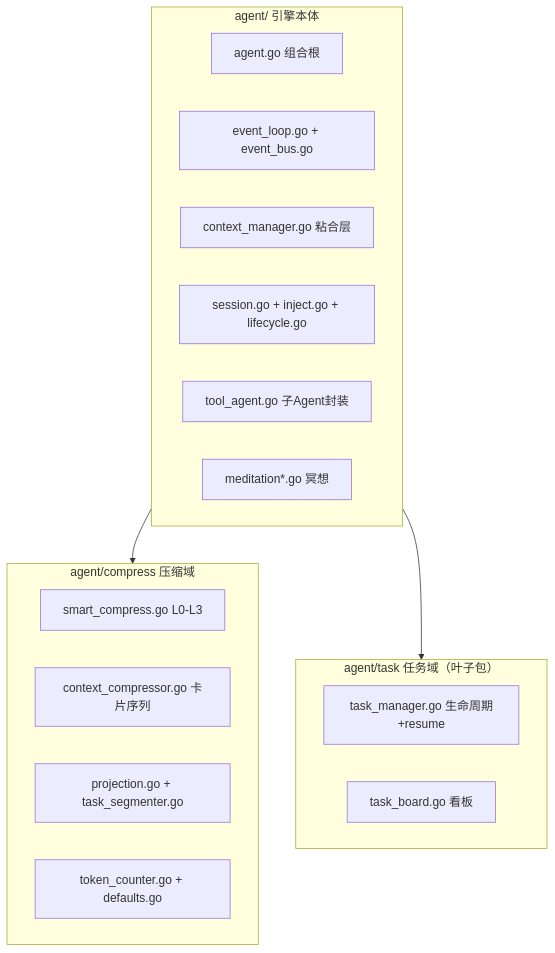
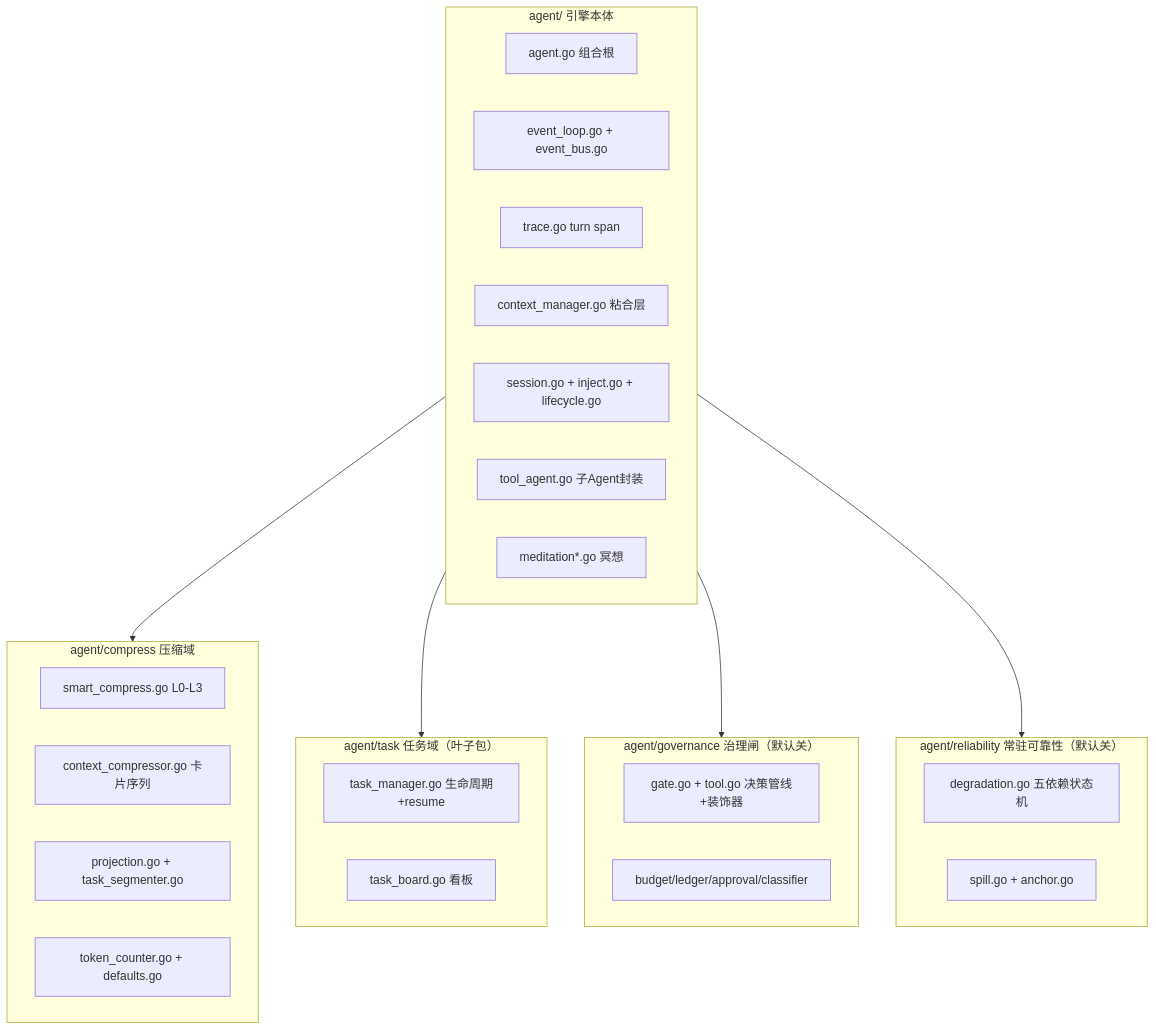
The second of 2 diagrams in docs/wiki/agent/agent-architecture.md (SpellingDragon/tagent), drawn with Mermaid before and after one commit. The commit also changed other lines of this file and 6 other files, not shown here.

````diff
--- a/docs/wiki/agent/agent-architecture.md
+++ b/docs/wiki/agent/agent-architecture.md
@@ -208,23 +226,34 @@
 ```mermaid
 graph TB
     subgraph agent["agent/ 引擎本体"]
         AG["agent.go 组合根"]
         EL["event_loop.go + event_bus.go"]
+        TR["trace.go turn span"]
         CM["context_manager.go 粘合层"]
         SE["session.go + inject.go + lifecycle.go"]
         TW["tool_agent.go 子Agent封装"]
         MD["meditation*.go 冥想"]
     end
     subgraph compress["agent/compress 压缩域"]
         SC["smart_compress.go L0-L3"]
         CC["context_compressor.go 卡片序列"]
         PJ["projection.go + task_segmenter.go"]
         TK["token_counter.go + defaults.go"]
     end
     subgraph task["agent/task 任务域（叶子包）"]
         TM["task_manager.go 生命周期+resume"]
         TB["task_board.go 看板"]
     end
+    subgraph governance["agent/governance 治理闸（默认关）"]
+        GT["gate.go + tool.go 决策管线+装饰器"]
+        GB["budget/ledger/approval/classifier"]
+    end
+    subgraph reliability["agent/reliability 常驻可靠性（默认关）"]
+        DG["degradation.go 五依赖状态机"]
+        SP["spill.go + anchor.go"]
+    end
     agent --> compress
     agent --> task
+    agent --> governance
+    agent --> reliability
 ```
````
